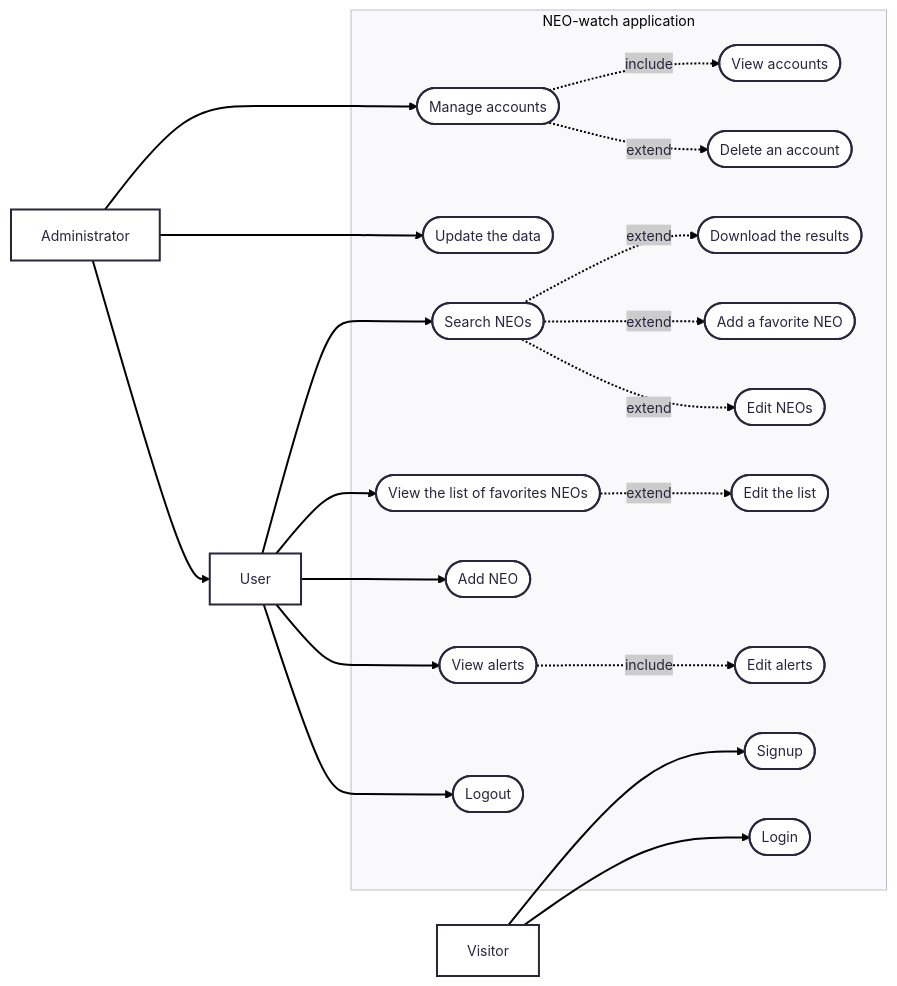
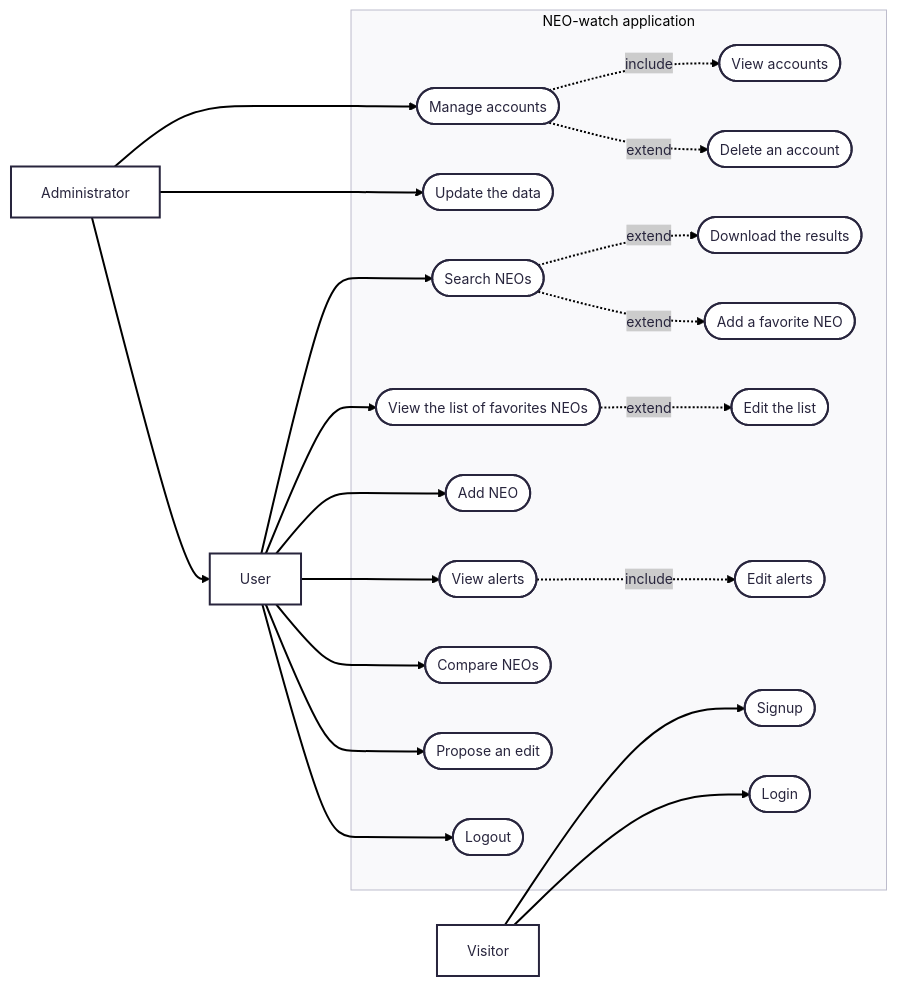
One commit to Yazaaaaaa/ensai-it-project-2a-team2 changed the diagram in doc/diagram/use_case_diagram.md. Above: the diagram before and after it, drawn with Mermaid.

Commit message:
oubli du commit

````diff
--- a/doc/diagram/use_case_diagram.md
+++ b/doc/diagram/use_case_diagram.md
@@ -1,51 +1,53 @@
 ```mermaid
 ---
 config:
   theme: redux
 ---
 flowchart LR
     Visitor["Visitor"]
     User["User"]
     Admin["Administrator"]
 
     subgraph subgroup["NEO-watch application"]
         logout([Logout])
         search([Search NEOs])
         download([Download the results])
         favlist([View the list of favorites NEOs])
         addfav([Add a favorite NEO])
         editlist([Edit the list])
         alerts([View alerts])
         editalerts([Edit alerts])
         add([Add NEO])
         update([Update the data])
         manage([Manage accounts])
         accounts([View accounts])
         deleteaccount([Delete an account])
         login([Login])
         signup([Signup])
-        editneos([Edit NEOs])
+        compareneos([Compare NEOs])
+        propose([Propose an edit])
         
     end
 
     
     User --> search
     User --> favlist
     User --> add
     User --> alerts
+    User --> compareneos
+    User --> propose
     User --> logout
     Admin --> manage
     Admin --> update
     Admin --> User
 
     Visitor --> signup
     Visitor --> login
 
     alerts -. "include" .-> editalerts
     manage -. "include" .-> accounts
     search -. "extend" .-> download
     search -. "extend" .-> addfav
-    search -. "extend" .-> editneos
     favlist -. "extend" .-> editlist
     manage -. "extend" .-> deleteaccount
 ```
````
